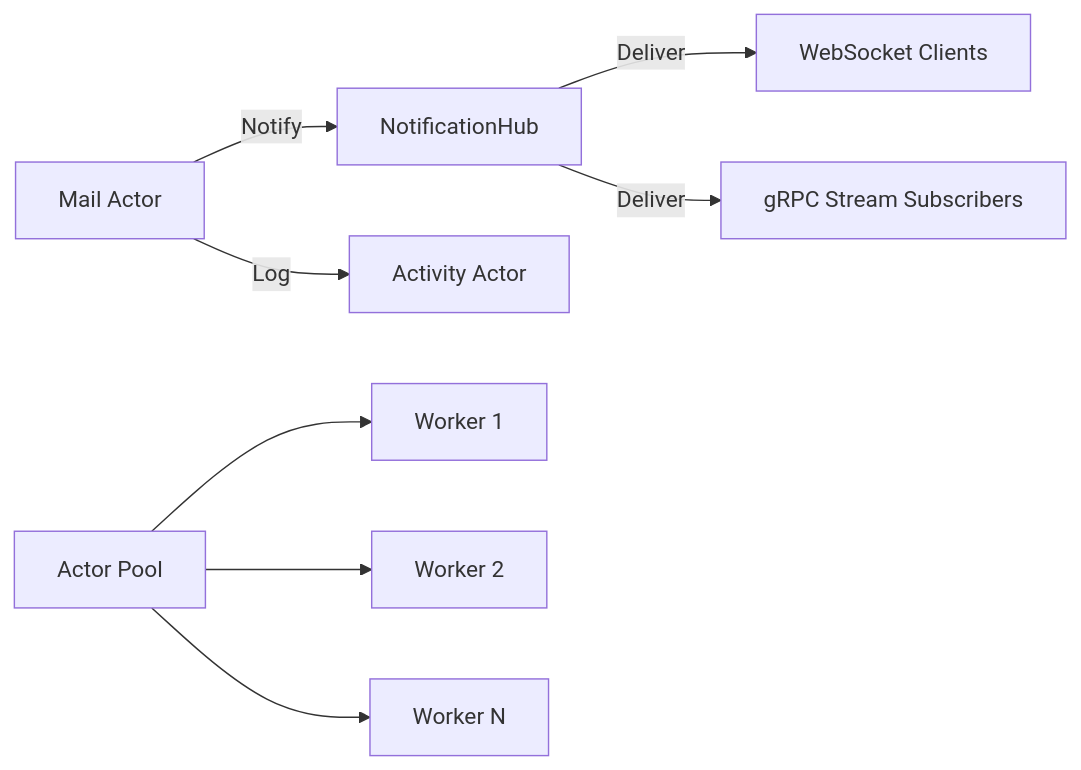
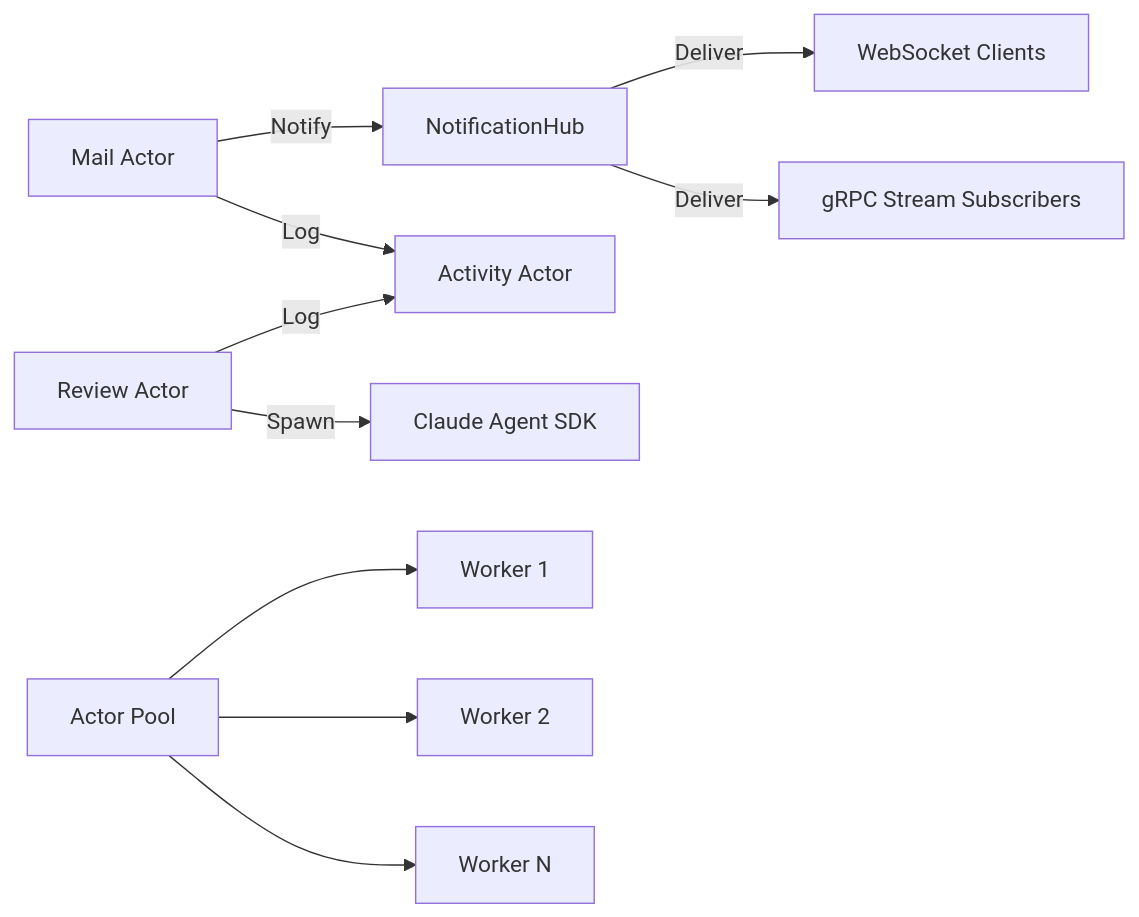
One commit to Roasbeef/substrate changed the second of 3 diagrams in docs/architecture.md. Above: the diagram before and after it, drawn with Mermaid. The commit also changed other lines of this file and 1 other file, not shown here.

First line of the commit message:
docs: update architecture and API reference with review system

````diff
--- a/docs/architecture.md
+++ b/docs/architecture.md
@@ -58,10 +60,12 @@
 ```mermaid
 graph LR
     MA[Mail Actor] -->|Notify| NH[NotificationHub]
     MA -->|Log| AA[Activity Actor]
+    RA[Review Actor] -->|Spawn| SDK[Claude Agent SDK]
+    RA -->|Log| AA
     NH -->|Deliver| WS[WebSocket Clients]
     NH -->|Deliver| SUB[gRPC Stream Subscribers]
     Pool[Actor Pool] --> W1[Worker 1]
     Pool --> W2[Worker 2]
     Pool --> W3[Worker N]
 ```
````
